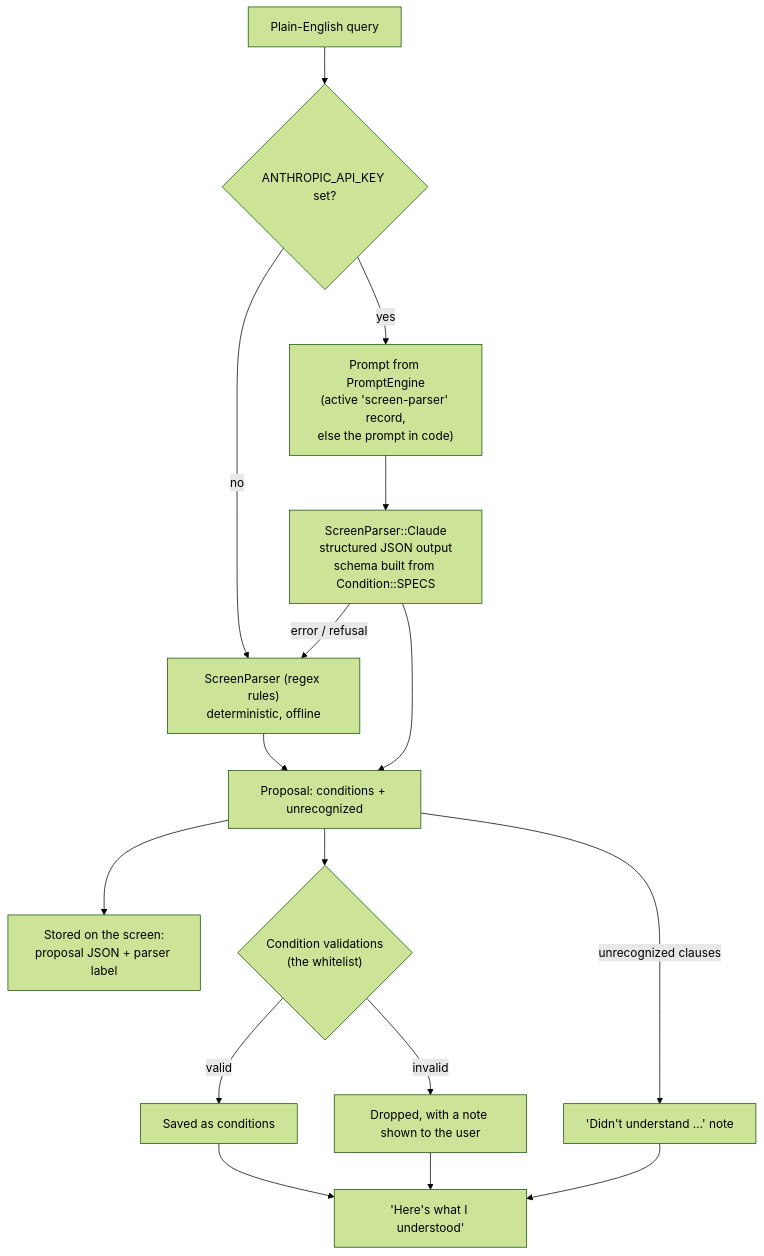
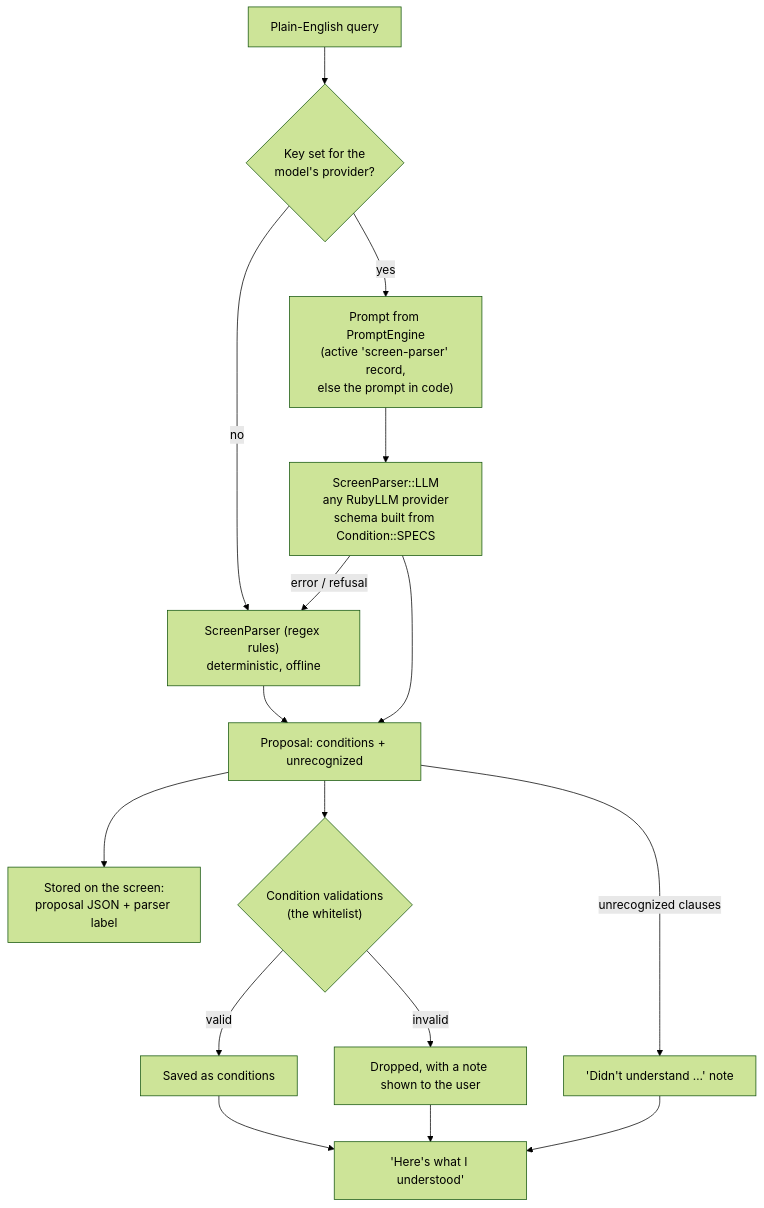
Before and after one commit to henryzhangpku/rails-nl-screen: the fourth of 7 diagrams in docs/ARCHITECTURE.md, drawn with Mermaid (forest theme). The commit also changed other lines of this file and 1 other file, not shown here.

Commit message:
Docs: the LLM parser works with any provider, DeepSeek included

````diff
--- a/docs/ARCHITECTURE.md
+++ b/docs/ARCHITECTURE.md
@@ -258,18 +258,18 @@
 ```mermaid
 flowchart TD
-  T["Plain-English query"] --> E{"ANTHROPIC_API_KEY set?"}
+  T["Plain-English query"] --> E{"Key set for the<br/>model's provider?"}
   E -- no --> R["ScreenParser (regex rules)<br/>deterministic, offline"]
   E -- yes --> P["Prompt from PromptEngine<br/>(active 'screen-parser' record,<br/>else the prompt in code)"]
-  P --> L["ScreenParser::Claude<br/>structured JSON output<br/>schema built from Condition::SPECS"]
+  P --> L["ScreenParser::LLM<br/>any RubyLLM provider<br/>schema built from Condition::SPECS"]
   L -- "error / refusal" --> R
   L --> PR["Proposal: conditions + unrecognized"]
   R --> PR
   PR --> AU["Stored on the screen:<br/>proposal JSON + parser label"]
   PR --> V{"Condition validations<br/>(the whitelist)"}
   V -- valid --> K["Saved as conditions"]
   V -- invalid --> N["Dropped, with a note shown to the user"]
   PR -- unrecognized clauses --> N2["'Didn't understand …' note"]
   K --> UI["'Here's what I understood'"]
   N --> UI
   N2 --> UI
 ```
````
